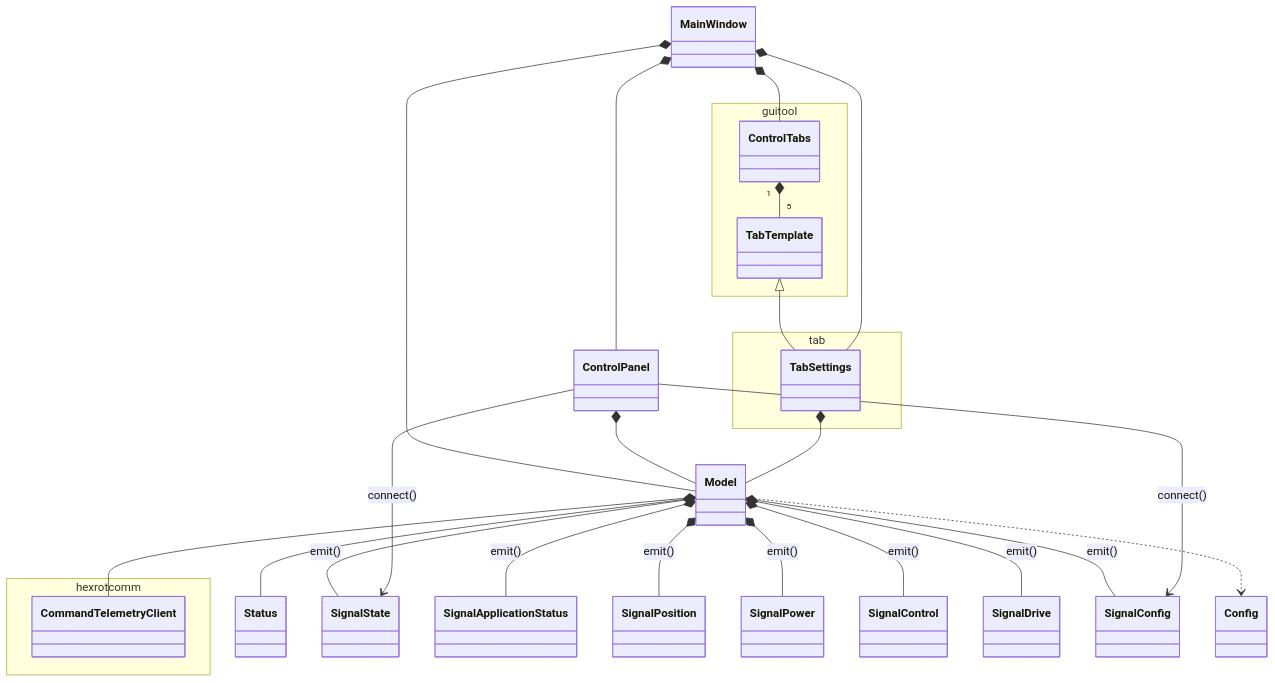
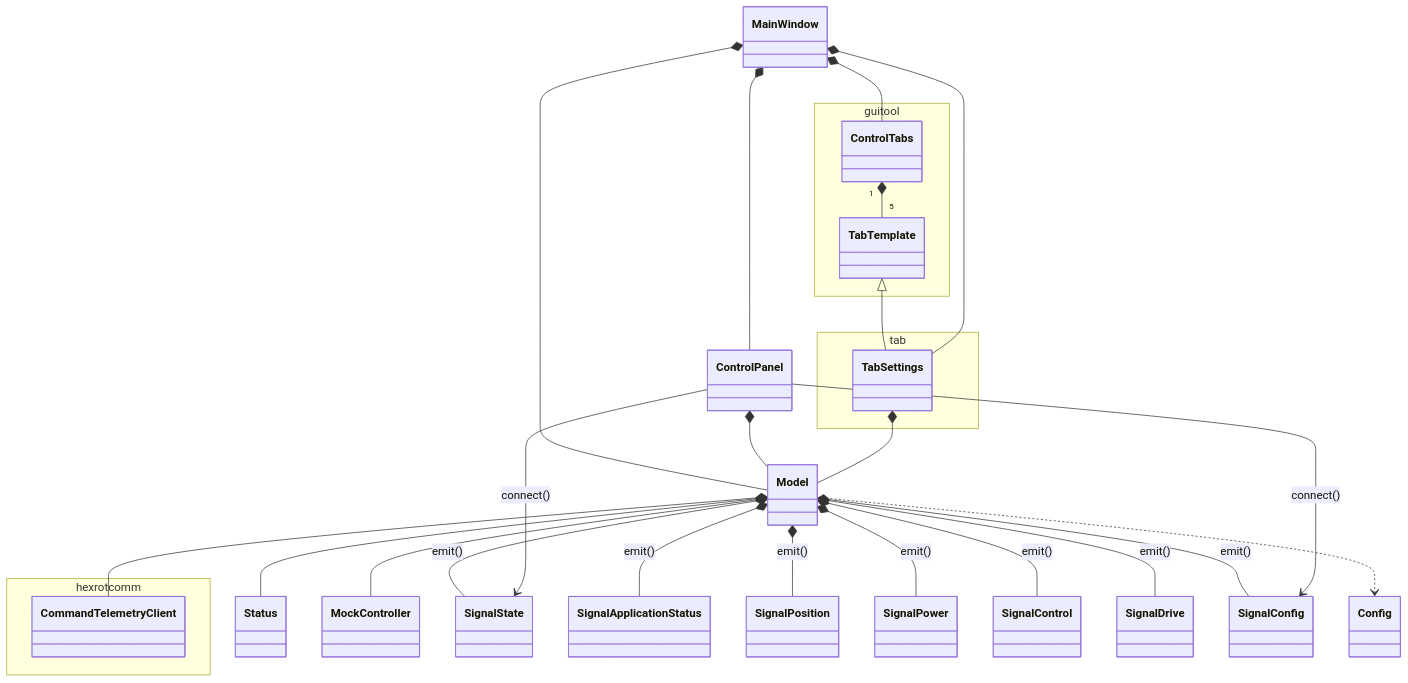
The diagram in doc/uml/class_hexgui.mmd (lsst-ts/ts_hexgui), drawn with Mermaid before and after one commit. The commit also changed 4 other files, not shown here.

```diff
--- a/doc/uml/class_hexgui.mmd
+++ b/doc/uml/class_hexgui.mmd
@@ -1,40 +1,41 @@
 classDiagram
 
 namespace hexrotcomm {
   class CommandTelemetryClient
 }
 
 namespace guitool {
   class ControlTabs
   class TabTemplate
 }
 
 namespace tab {
   class TabSettings
 }
 
 TabTemplate <|-- TabSettings
 
 MainWindow *-- Model
 MainWindow *-- ControlTabs
 MainWindow *-- ControlPanel
 MainWindow *-- TabSettings
 
 Model *-- CommandTelemetryClient
 Model *-- Status
+Model *-- MockController
 Model *-- SignalState : emit()
 Model *-- SignalApplicationStatus : emit()
 Model *-- SignalPosition : emit()
 Model *-- SignalPower : emit()
 Model *-- SignalControl : emit()
 Model *-- SignalDrive : emit()
 Model *-- SignalConfig : emit()
 Model ..> Config
 
 ControlPanel *-- Model
 ControlPanel --> SignalState : connect()
 ControlPanel --> SignalConfig : connect()
 
 TabSettings *-- Model
 
 ControlTabs "1" *-- "5" TabTemplate
```
